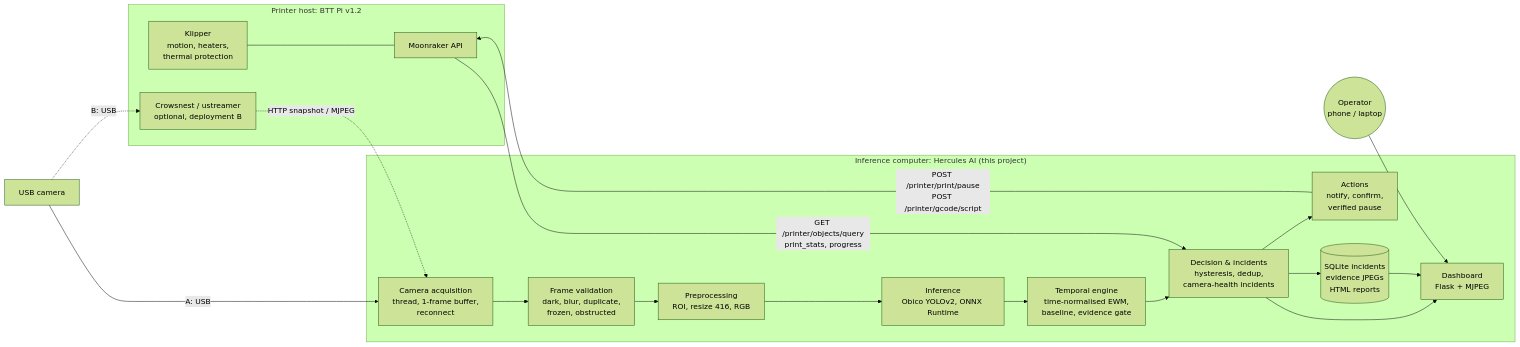
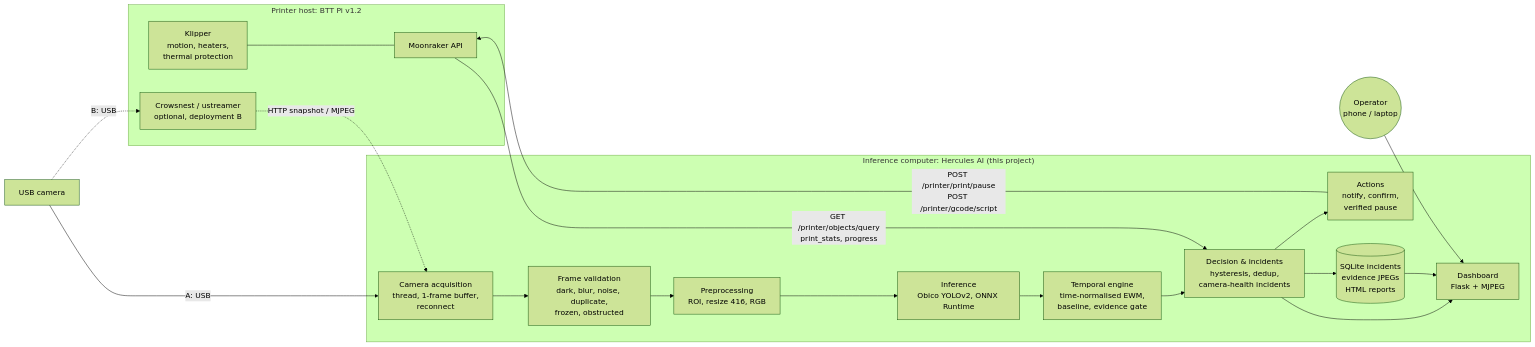
One commit to pmixay/3d-project changed the diagram in ai/docs/ARCHITECTURE.md. Above: the diagram before and after it, drawn with Mermaid (forest theme). The commit also changed other lines of this file and 8 other files, not shown here.

````diff
--- a/ai/docs/ARCHITECTURE.md
+++ b/ai/docs/ARCHITECTURE.md
@@ -5,25 +5,25 @@
 ```mermaid
 flowchart LR
     subgraph Printer["Printer host: BTT Pi v1.2"]
         K[Klipper<br/>motion, heaters,<br/>thermal protection] --- M[Moonraker API]
         CN[Crowsnest / ustreamer<br/>optional, deployment B]
     end
     CAM[USB camera] -->|A: USB| ACQ
     CAM -.->|B: USB| CN
     CN -.->|HTTP snapshot / MJPEG| ACQ
     subgraph AI["Inference computer: Hercules AI (this project)"]
-        ACQ[Camera acquisition<br/>thread, 1-frame buffer,<br/>reconnect] --> VAL[Frame validation<br/>dark, blur, duplicate,<br/>frozen, obstructed]
+        ACQ[Camera acquisition<br/>thread, 1-frame buffer,<br/>reconnect] --> VAL[Frame validation<br/>dark, blur, noise, duplicate,<br/>frozen, obstructed]
         VAL --> PRE[Preprocessing<br/>ROI, resize 416, RGB]
         PRE --> NN[Inference<br/>Obico YOLOv2, ONNX Runtime]
         NN --> TMP[Temporal engine<br/>time-normalised EWM,<br/>baseline, evidence gate]
         TMP --> DEC[Decision &amp; incidents<br/>hysteresis, dedup,<br/>camera-health incidents]
         DEC --> ACT[Actions<br/>notify, confirm,<br/>verified pause]
         DEC --> DB[(SQLite incidents<br/>evidence JPEGs<br/>HTML reports)]
         WEB[Dashboard<br/>Flask + MJPEG]
         DEC --> WEB
         DB --> WEB
     end
     ACT -->|POST /printer/print/pause<br/>POST /printer/gcode/script| M
     M -->|GET /printer/objects/query<br/>print_stats, progress| DEC
     USER((Operator<br/>phone / laptop)) --> WEB
 ```
````
